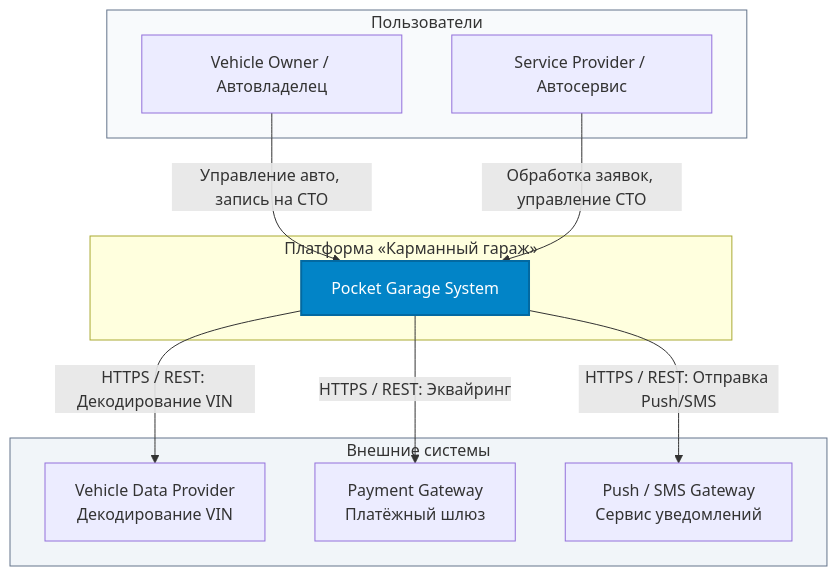
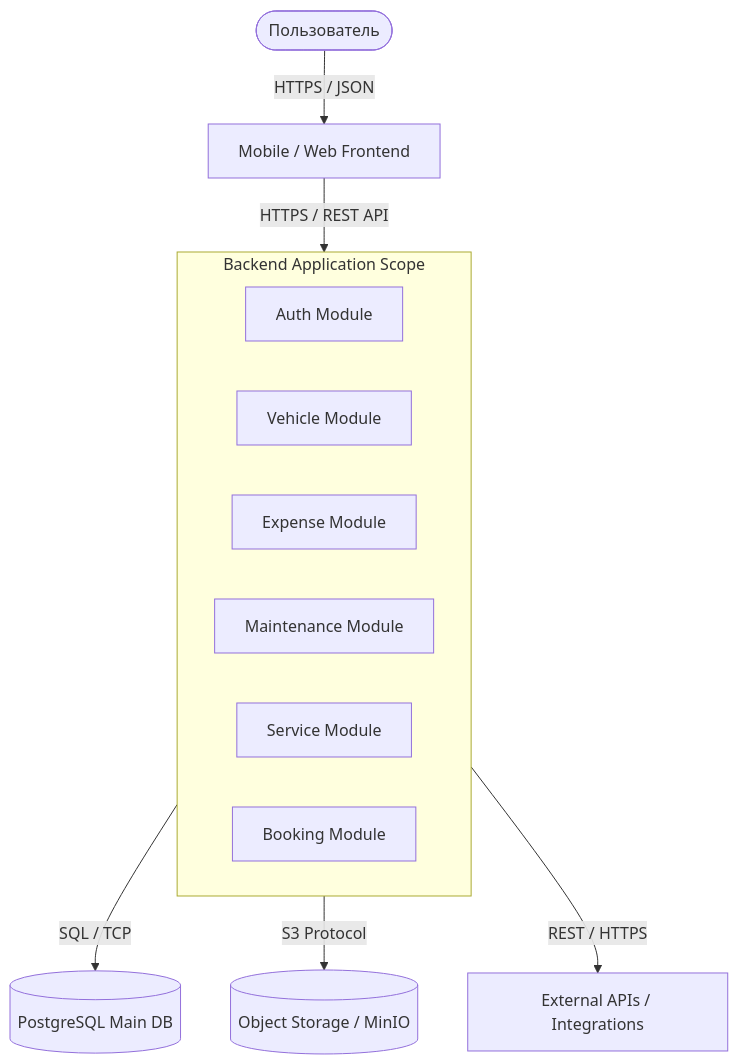
One commit to Yn1ro/pocket-garage changed the first of 6 diagrams in docs/ru/architecture/system-architecture.md. Above: the diagram before and after it, drawn with Mermaid. The commit also changed other lines of this file, not shown here.

Commit message:
docs: define MVP system architecture

````diff
--- a/docs/ru/architecture/system-architecture.md
+++ b/docs/ru/architecture/system-architecture.md
@@ -30,28 +66,19 @@
 ```mermaid
-graph TB
-    subgraph Users ["Пользователи"]
-        VO[Vehicle Owner / Автовладелец]
-        SP[Service Provider / Автосервис]
+graph TD
+    User([Пользователь]) -->|HTTPS / JSON| FE[Mobile / Web Frontend]
+    FE -->|HTTPS / REST API| BE[Backend Core: Modular Monolith]
+
+    subgraph BE [Backend Application Scope]
+        Auth[Auth Module]
+        Vehicles[Vehicle Module]
+        Expenses[Expense Module]
+        Maint[Maintenance Module]
+        Services[Service Module]
+        Booking[Booking Module]
     end
 
-    subgraph System ["Платформа «Карманный гараж»"]
-        PG[Pocket Garage System]
-    end
-
-    subgraph External ["Внешние системы"]
-        VDP[Vehicle Data Provider<br/>Декодирование VIN]
-        PAY[Payment Gateway<br/>Платёжный шлюз]
-        NS[Push / SMS Gateway<br/>Сервис уведомлений]
-    end
-
-    VO -->|Управление авто, запись на СТО| PG
-    SP -->|Обработка заявок, управление СТО| PG
-    PG -->|HTTPS / REST: Декодирование VIN| VDP
-    PG -->|HTTPS / REST: Эквайринг| PAY
-    PG -->|HTTPS / REST: Отправка Push/SMS| NS
-
-    style PG fill:#0284c7,color:#fff,stroke:#0369a1,stroke-width:2px
-    style Users fill:#f8fafc,stroke:#64748b
-    style External fill:#f1f5f9,stroke:#64748b
+    BE -->|SQL / TCP| DB[(PostgreSQL Main DB)]
+    BE -->|S3 Protocol| S3[(Object Storage / MinIO)]
+    BE -->|REST / HTTPS| External[External APIs / Integrations]
 
 ```
````
